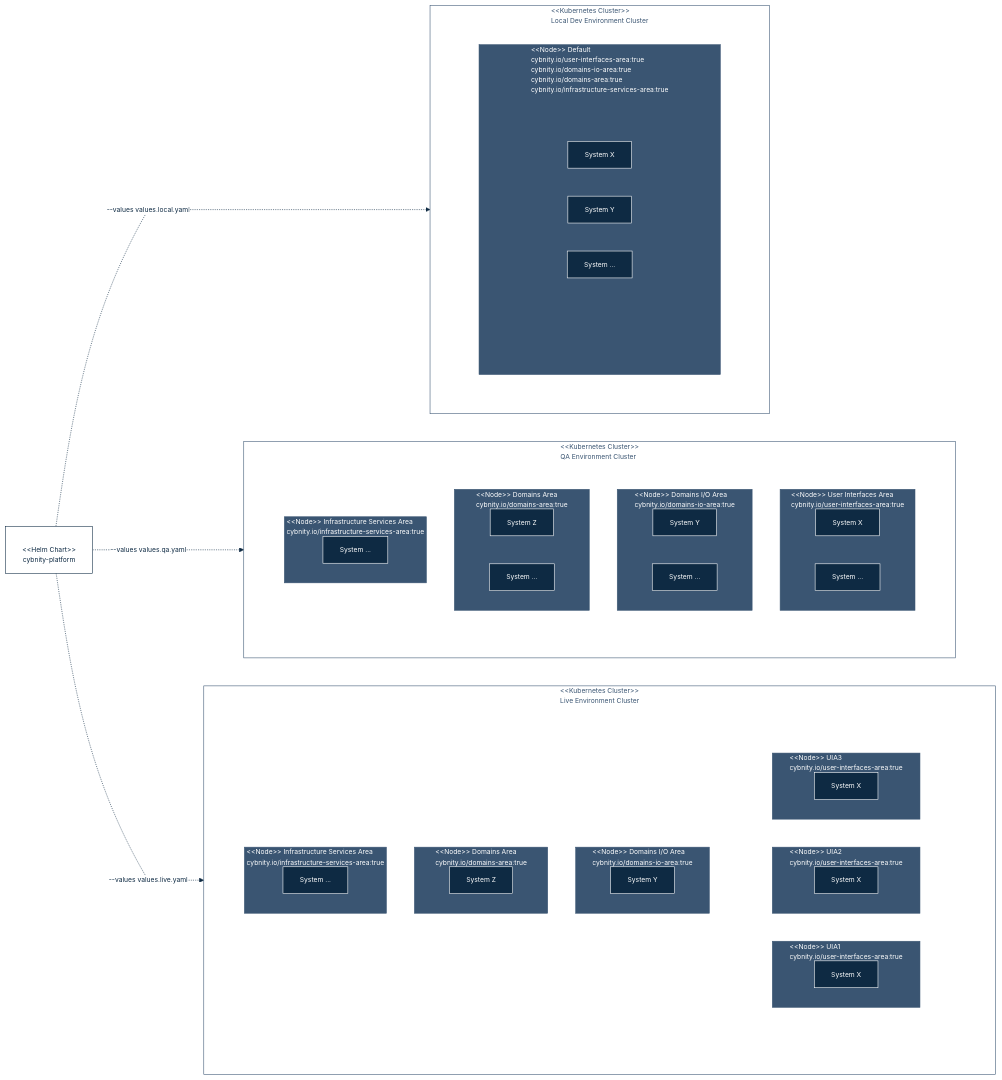
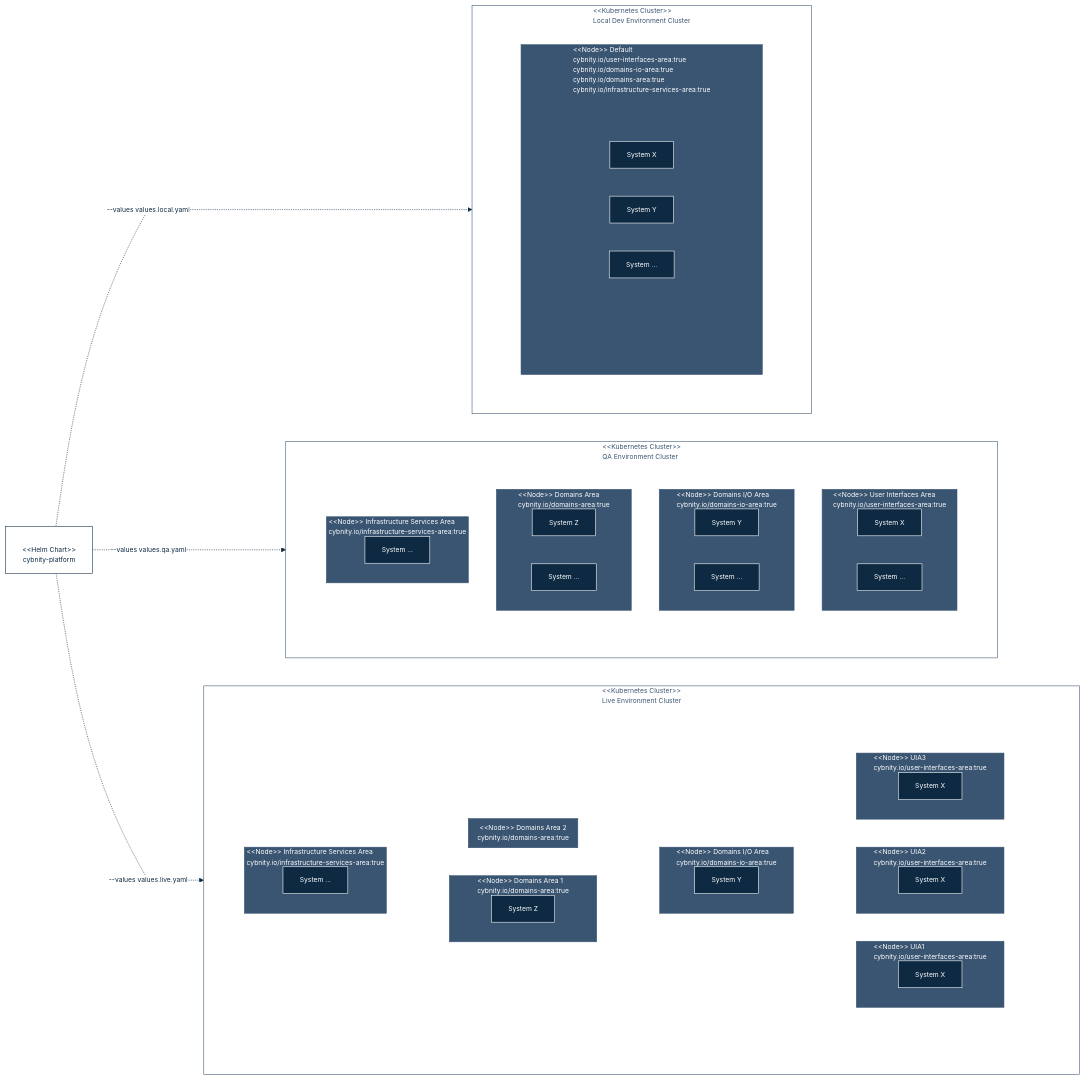
The first of 2 diagrams in cybnity-platform/README.md (doneisgood/iac-helm-charts), drawn with Mermaid before and after one commit.

````diff
--- a/cybnity-platform/README.md
+++ b/cybnity-platform/README.md
@@ -164,9 +164,16 @@
                direction LR
                systemy3["System Y"]
          end
-         subgraph da3[" #60;#60;Node#62;#62; Domains Area \n cybnity.io/domains-area:true"]
-               direction LR
-               systemz3["System Z"]
+         subgraph layerset32[" "]
+            direction LR
+            subgraph da3[" #60;#60;Node#62;#62; Domains Area 1 \n cybnity.io/domains-area:true"]
+                  direction LR
+                  systemz3["System Z"]
+            end
+            subgraph da31[" #60;#60;Node#62;#62; Domains Area 2 \n cybnity.io/domains-area:true"]
+                  direction LR
+                  systemz3["System Z"]
+            end
          end
          subgraph is3[" #60;#60;Node#62;#62; Infrastructure Services Area \n cybnity.io/infrastructure-services-area:true"]
                direction LR
@@ -184,8 +191,8 @@
   classDef dark fill:#0e2a43, stroke:#fff, color:#fff
   classDef transparent fill:#00000000, stroke:#00000000
   class clusterlocal,clusterqa,clusterprod medium;
-  class is3,da3,dio3,ui3,ui31,ui311,is2,da2,dio2,ui2,unique1 mediumfill;
+  class is3,da3,da31,dio3,ui3,ui31,ui311,is2,da2,dio2,ui2,unique1 mediumfill;
   class systemx,systemy,systemz,systemx2,systemx2next,systemy2,systemy2next,systemz2,systemz2next,systems2,systemx3,systemx31,systemx311,systemy3,systemz3,systems3 dark;
-  class layercomponents1,layercomponents2,layerset31 transparent;
+  class layercomponents1,layercomponents2,layerset31,layerset32 transparent;
 
 ```
````
